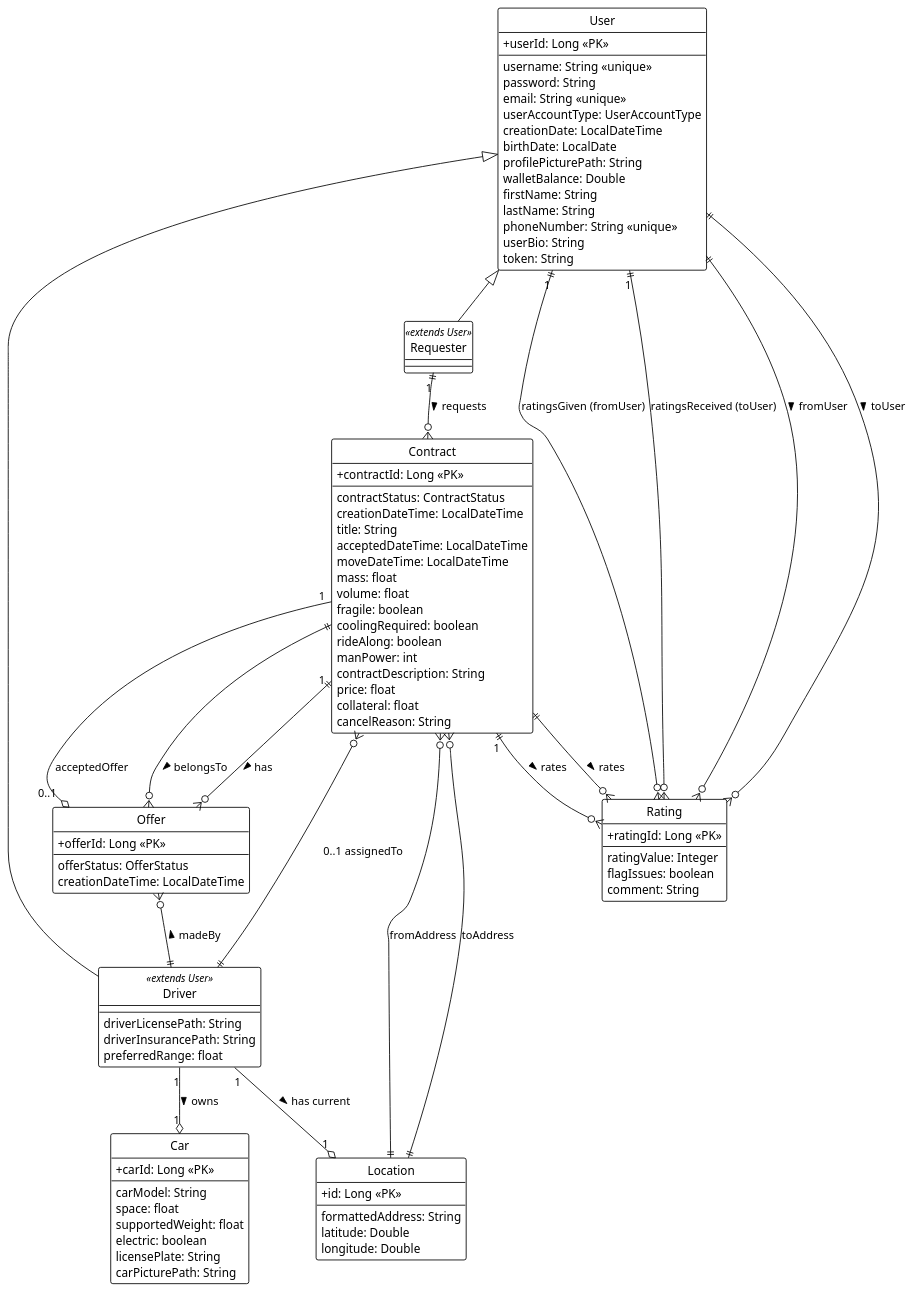
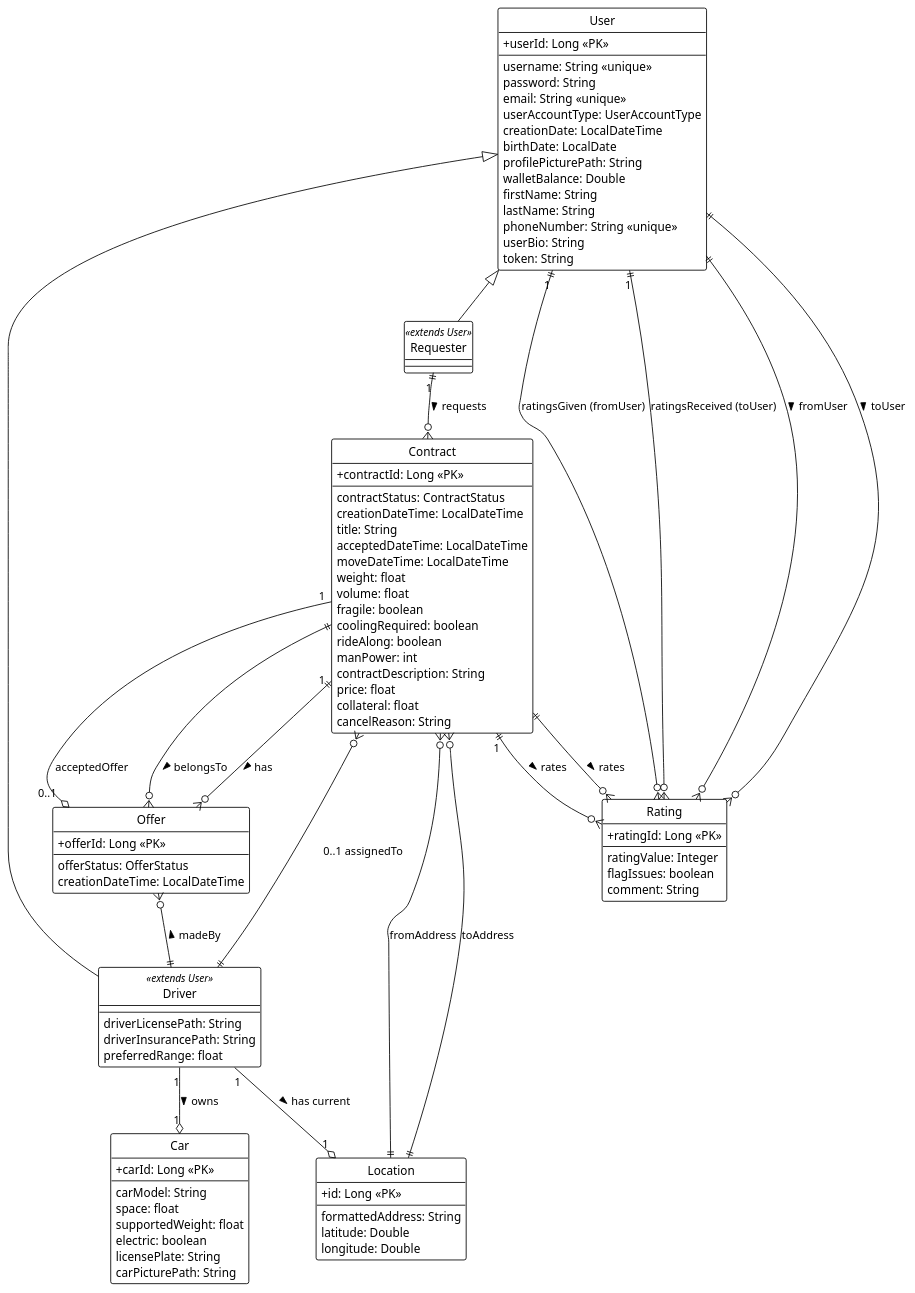
Before and after one commit to itsmaxjeffrey/sopra-fs25-group-39-server: the diagram in doc/diagrams/db_diagram.puml, drawn with PlantUML. The commit also changed 16 other files, not shown here.

```diff
--- a/doc/diagrams/db_diagram.puml
+++ b/doc/diagrams/db_diagram.puml
@@ -1,125 +1,125 @@
 @startuml
 !theme plain
 hide circle
 skinparam linetype polyline  ' Changed from ortho to polyline
 skinparam classAttributeIconSize 0
 
 entity User {
   + userId: Long <<PK>>
   --
   username: String <<unique>>
   password: String
   email: String <<unique>>
   userAccountType: UserAccountType
   creationDate: LocalDateTime
   birthDate: LocalDate
   profilePicturePath: String
   walletBalance: Double
   firstName: String
   lastName: String
   phoneNumber: String <<unique>>
   userBio: String
   token: String
 }
 
 entity Driver <<extends User>> {
   --
   driverLicensePath: String
   driverInsurancePath: String
   preferredRange: float
   ' car_id: Long <<FK>>
   ' location_id: Long <<FK>>
 }
 
 entity Requester <<extends User>> {
   --
 }
 
 entity Car {
   + carId: Long <<PK>>
   --
   carModel: String
   space: float
   supportedWeight: float
   electric: boolean
   licensePlate: String
   carPicturePath: String
 }
 
 entity Offer {
   + offerId: Long <<PK>>
   --
   offerStatus: OfferStatus
   creationDateTime: LocalDateTime
   ' contract_id: Long <<FK>>
   ' driver_id: Long <<FK>>
 }
 
 entity Rating {
   + ratingId: Long <<PK>>
   --
   ratingValue: Integer
   flagIssues: boolean
   comment: String
   ' from_user_id: Long <<FK>>
   ' to_user_id: Long <<FK>>
   ' contract_id: Long <<FK>>
 }
 
 entity Contract {
   + contractId: Long <<PK>>
   --
   contractStatus: ContractStatus
   creationDateTime: LocalDateTime
   title: String
   acceptedDateTime: LocalDateTime
   moveDateTime: LocalDateTime
-  mass: float
+  weight: float
   volume: float
   fragile: boolean
   coolingRequired: boolean
   rideAlong: boolean
   manPower: int
   contractDescription: String
   ' contractPhotos: List<String> (ElementCollection)
   price: float
   collateral: float
   cancelReason: String
   ' requester_id: Long <<FK>>
   ' driver_id: Long <<FK>> (nullable)
   ' from_address_id: Long <<FK>>
   ' to_address_id: Long <<FK>>
   ' accepted_offer_id: Long <<FK>>
 }
 
 entity Location {
   + id: Long <<PK>>
   --
   formattedAddress: String
   latitude: Double
   longitude: Double
 }
 
 ' Inheritance
 User <|-- Driver
 User <|-- Requester
 
 ' Relationships
 Driver "1" --o "1" Car : owns >
 Driver "1" --o "1" Location : has current >
 Requester "1" ||--o{ Contract : requests >
 Contract }o--|| Driver : "0..1 assignedTo"
 Contract }o--|| Location : "fromAddress"
 Contract }o--|| Location : "toAddress"
 Contract "1" ||--o{ Offer : has >
 Contract "1" --o "0..1" Offer : "acceptedOffer"
 Offer }o--|| Contract : < belongsTo
 Offer }o--|| Driver : < madeBy
 User "1" ||--o{ Rating : "ratingsGiven (fromUser)"
 User "1" ||--o{ Rating : "ratingsReceived (toUser)"
 Rating }o--|| User : < fromUser
 Rating }o--|| User : < toUser
 Rating }o--|| Contract : < rates
 Contract "1" ||--o{ Rating : rates >
 
 @enduml
```
